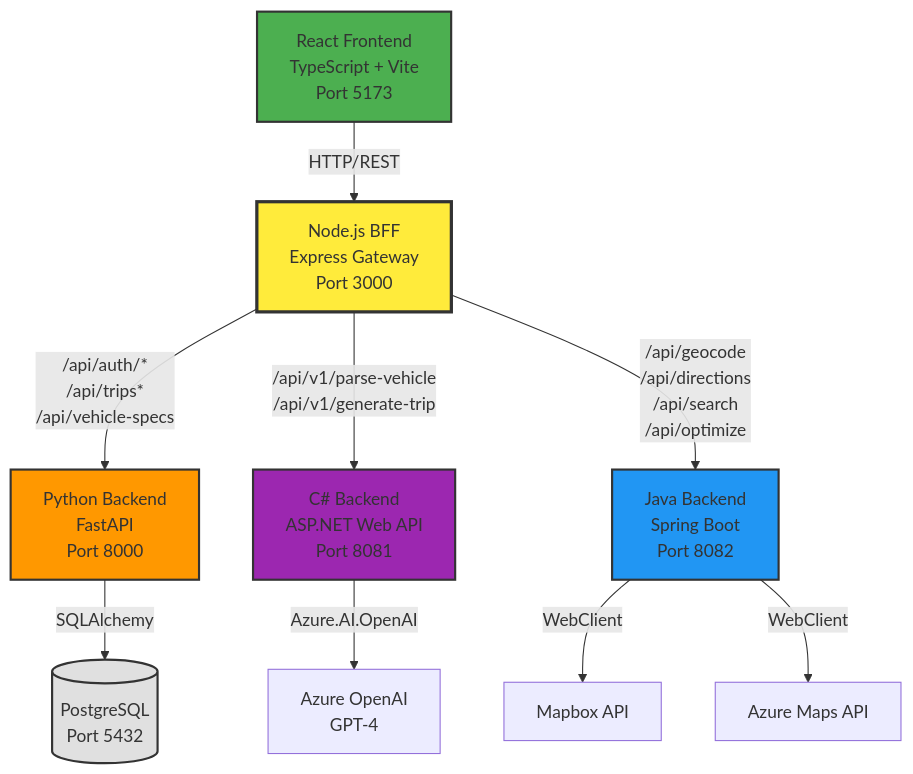
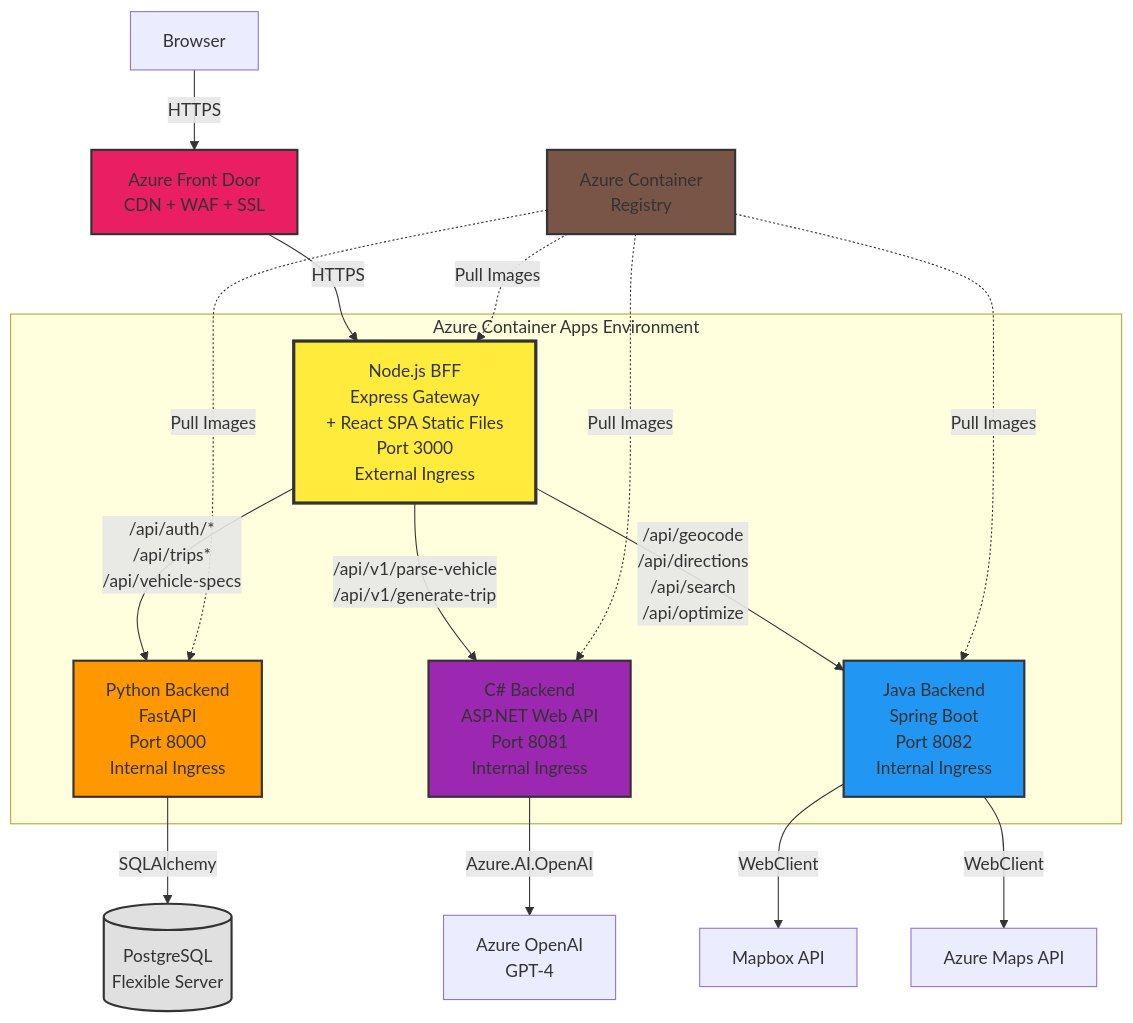
One commit to Insight-NA/aps-apex-ghcp-workshops-src changed the first of 6 diagrams in github_copilot_csharp_python_foundational_workshop/docs/ROADMAP.md. Above: the diagram before and after it, drawn with Mermaid. The commit also changed other lines of this file and 200 other files, not shown here.

````diff
--- a/github_copilot_csharp_python_foundational_workshop/docs/ROADMAP.md
+++ b/github_copilot_csharp_python_foundational_workshop/docs/ROADMAP.md
@@ -439,20 +766,31 @@
 ```mermaid
 graph TB
-    A[React Frontend<br/>TypeScript + Vite<br/>Port 5173] -->|HTTP/REST| B[Node.js BFF<br/>Express Gateway<br/>Port 3000]
+    USER[Browser] -->|HTTPS| FD[Azure Front Door<br/>CDN + WAF + SSL]
+    FD -->|HTTPS| BFF_CA
+
+    subgraph "Azure Container Apps Environment"
+        BFF_CA[Node.js BFF<br/>Express Gateway<br/>+ React SPA Static Files<br/>Port 3000<br/>External Ingress]
+        
+        BFF_CA -->|/api/auth/*<br/>/api/trips*<br/>/api/vehicle-specs| PY_CA[Python Backend<br/>FastAPI<br/>Port 8000<br/>Internal Ingress]
+        BFF_CA -->|/api/v1/parse-vehicle<br/>/api/v1/generate-trip| CS_CA[C# Backend<br/>ASP.NET Web API<br/>Port 8081<br/>Internal Ingress]
+        BFF_CA -->|/api/geocode<br/>/api/directions<br/>/api/search<br/>/api/optimize| JV_CA[Java Backend<br/>Spring Boot<br/>Port 8082<br/>Internal Ingress]
+    end
+
+    PY_CA -->|SQLAlchemy| DB[(PostgreSQL<br/>Flexible Server)]
+    CS_CA -->|Azure.AI.OpenAI| AI[Azure OpenAI<br/>GPT-4]
+    JV_CA -->|WebClient| MB[Mapbox API]
+    JV_CA -->|WebClient| AM[Azure Maps API]
     
-    B -->|/api/auth/*<br/>/api/trips*<br/>/api/vehicle-specs| C[Python Backend<br/>FastAPI<br/>Port 8000]
-    B -->|/api/v1/parse-vehicle<br/>/api/v1/generate-trip| D[C# Backend<br/>ASP.NET Web API<br/>Port 8081]
-    B -->|/api/geocode<br/>/api/directions<br/>/api/search<br/>/api/optimize| E[Java Backend<br/>Spring Boot<br/>Port 8082]
-    
-    C -->|SQLAlchemy| DB[(PostgreSQL<br/>Port 5432)]
-    D -->|Azure.AI.OpenAI| AI[Azure OpenAI<br/>GPT-4]
-    E -->|WebClient| MB[Mapbox API]
-    E -->|WebClient| AM[Azure Maps API]
-    
-    style B fill:#ffeb3b,stroke:#333,stroke-width:3px
-    style A fill:#4caf50,stroke:#333,stroke-width:2px
-    style C fill:#ff9800,stroke:#333,stroke-width:2px
-    style D fill:#9c27b0,stroke:#333,stroke-width:2px
-    style E fill:#2196f3,stroke:#333,stroke-width:2px
+    ACR[Azure Container<br/>Registry] -.->|Pull Images| BFF_CA
+    ACR -.->|Pull Images| PY_CA
+    ACR -.->|Pull Images| CS_CA
+    ACR -.->|Pull Images| JV_CA
+
+    style BFF_CA fill:#ffeb3b,stroke:#333,stroke-width:3px
+    style PY_CA fill:#ff9800,stroke:#333,stroke-width:2px
+    style CS_CA fill:#9c27b0,stroke:#333,stroke-width:2px
+    style JV_CA fill:#2196f3,stroke:#333,stroke-width:2px
     style DB fill:#e0e0e0,stroke:#333,stroke-width:2px
+    style FD fill:#e91e63,stroke:#333,stroke-width:2px
+    style ACR fill:#795548,stroke:#333,stroke-width:2px
 ```
````
